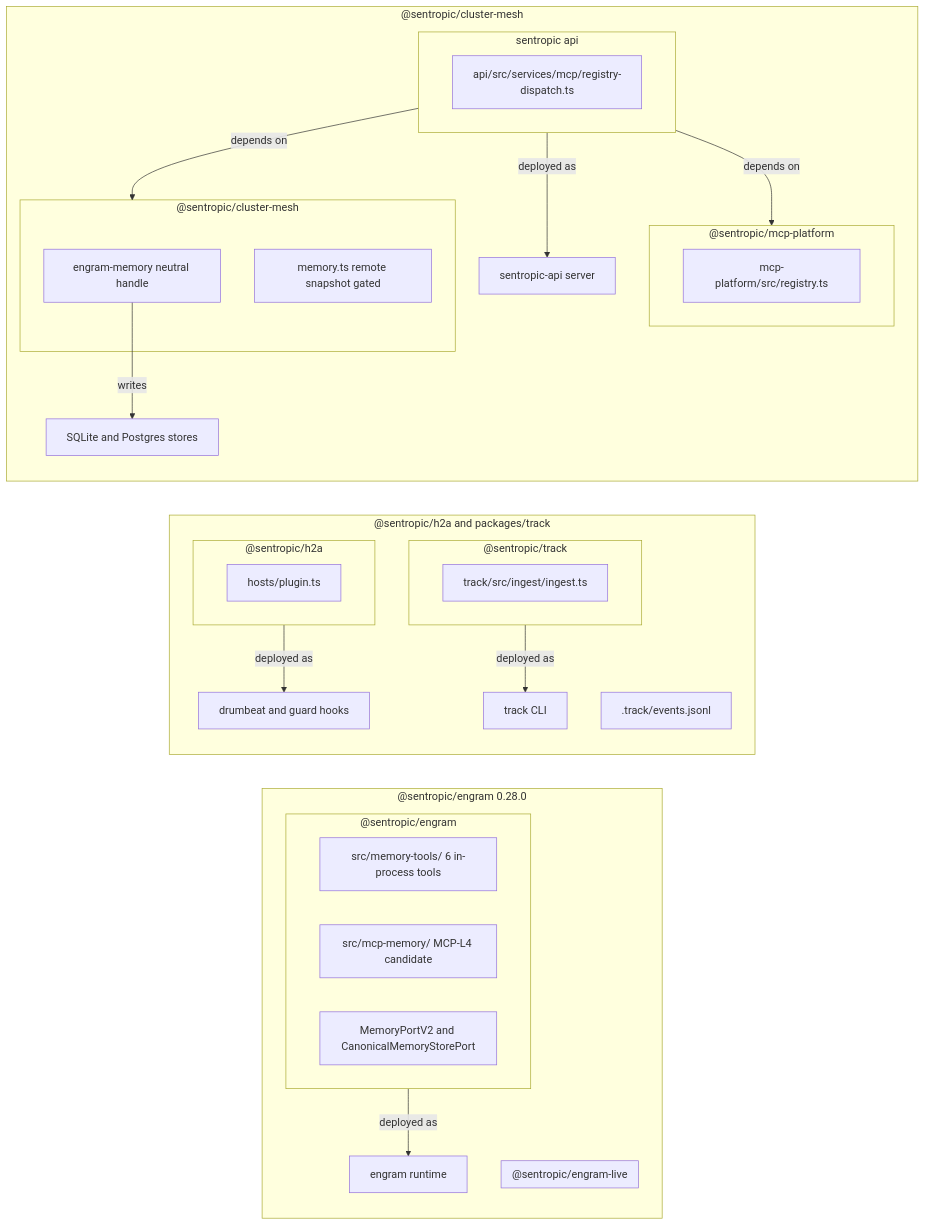
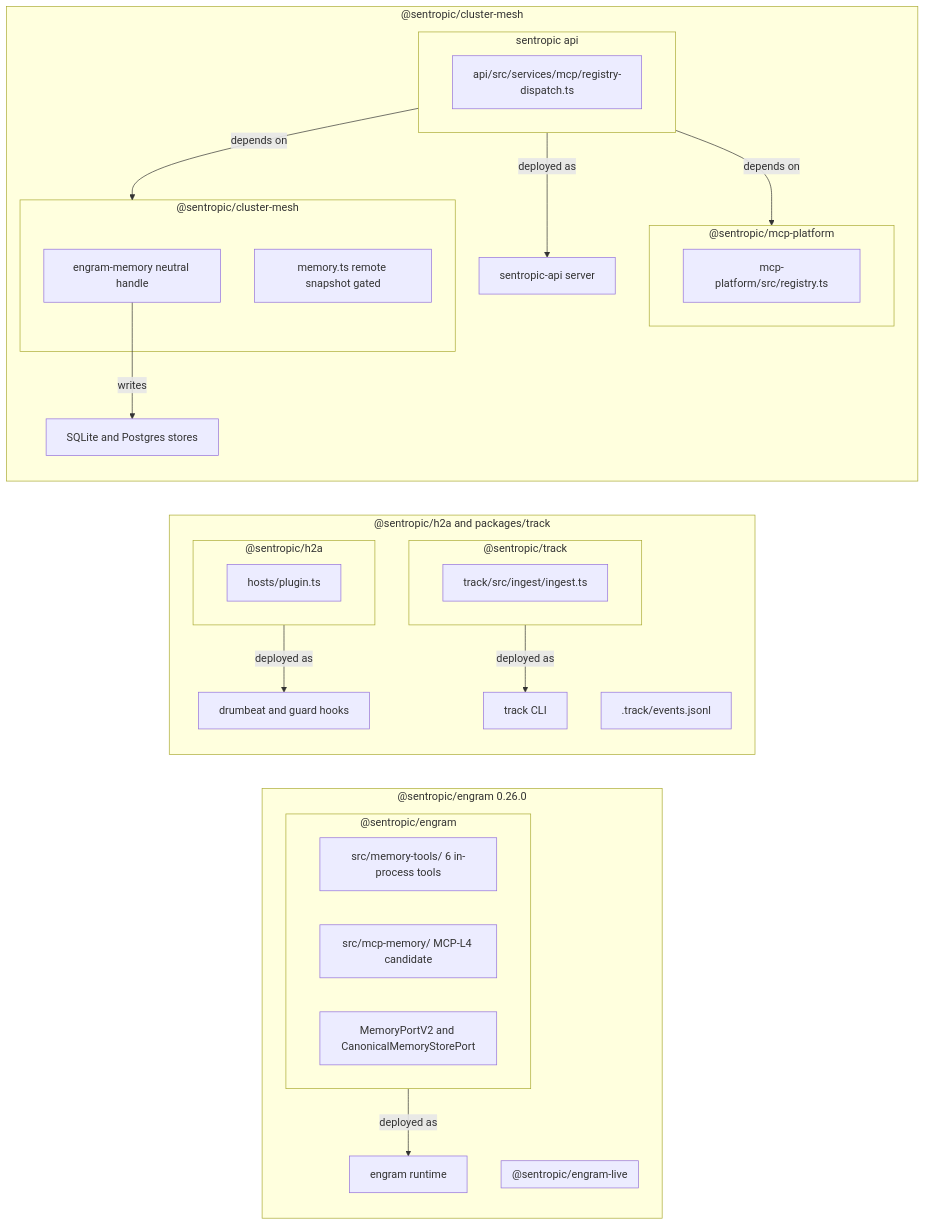
The second of 2 diagrams in spec/memory/PLAN_SPEC_ENGRAM_FRONT.md (rhanka/engram), drawn with Mermaid before and after one commit. The commit also changed other lines of this file and 11 other files, not shown here.

````diff
--- a/spec/memory/PLAN_SPEC_ENGRAM_FRONT.md
+++ b/spec/memory/PLAN_SPEC_ENGRAM_FRONT.md
@@ -81,48 +81,48 @@
 ```mermaid
 flowchart LR
-subgraph e_sys_engram["@sentropic/engram 0.28.0"]
+subgraph e_sys_engram["@sentropic/engram 0.26.0"]
   subgraph e_pkg_elive["@sentropic/engram-live"]
   end
   subgraph e_pkg_engram["@sentropic/engram"]
     e_cmp_ecore["src/memory-tools/ 6 in-process tools"]
     e_cmp_emcp["src/mcp-memory/ MCP-L4 candidate"]
     e_cmp_eport["MemoryPortV2 and CanonicalMemoryStorePort"]
   end
   e_rt_engram["engram runtime"]
 end
 
 subgraph e_sys_h2a["@sentropic/h2a and packages/track"]
   subgraph e_pkg_h2a["@sentropic/h2a"]
     e_cmp_hooks["hosts/plugin.ts"]
   end
   subgraph e_pkg_track["@sentropic/track"]
     e_cmp_tingest["track/src/ingest/ingest.ts"]
   end
   e_rt_drum["drumbeat and guard hooks"]
   e_rt_trackcli["track CLI"]
   e_st_tjsonl[".track/events.jsonl"]
 end
 
 subgraph e_sys_mesh["@sentropic/cluster-mesh"]
   subgraph e_pkg_api["sentropic api"]
     e_cmp_mreg["api/src/services/mcp/registry-dispatch.ts"]
   end
   subgraph e_pkg_mcpplat["@sentropic/mcp-platform"]
     e_cmp_mplat["mcp-platform/src/registry.ts"]
   end
   subgraph e_pkg_mesh["@sentropic/cluster-mesh"]
     e_cmp_mbind["engram-memory neutral handle"]
     e_cmp_mstub["memory.ts remote snapshot gated"]
   end
   e_rt_api["sentropic-api server"]
   e_st_mstore["SQLite and Postgres stores"]
 end
 
 e_pkg_engram -->|"deployed as"| e_rt_engram
 e_pkg_h2a -->|"deployed as"| e_rt_drum
 e_pkg_track -->|"deployed as"| e_rt_trackcli
 e_pkg_api -->|"deployed as"| e_rt_api
 e_pkg_api -->|"depends on"| e_pkg_mcpplat
 e_pkg_api -->|"depends on"| e_pkg_mesh
 e_cmp_mbind -->|"writes"| e_st_mstore
 ```
````
